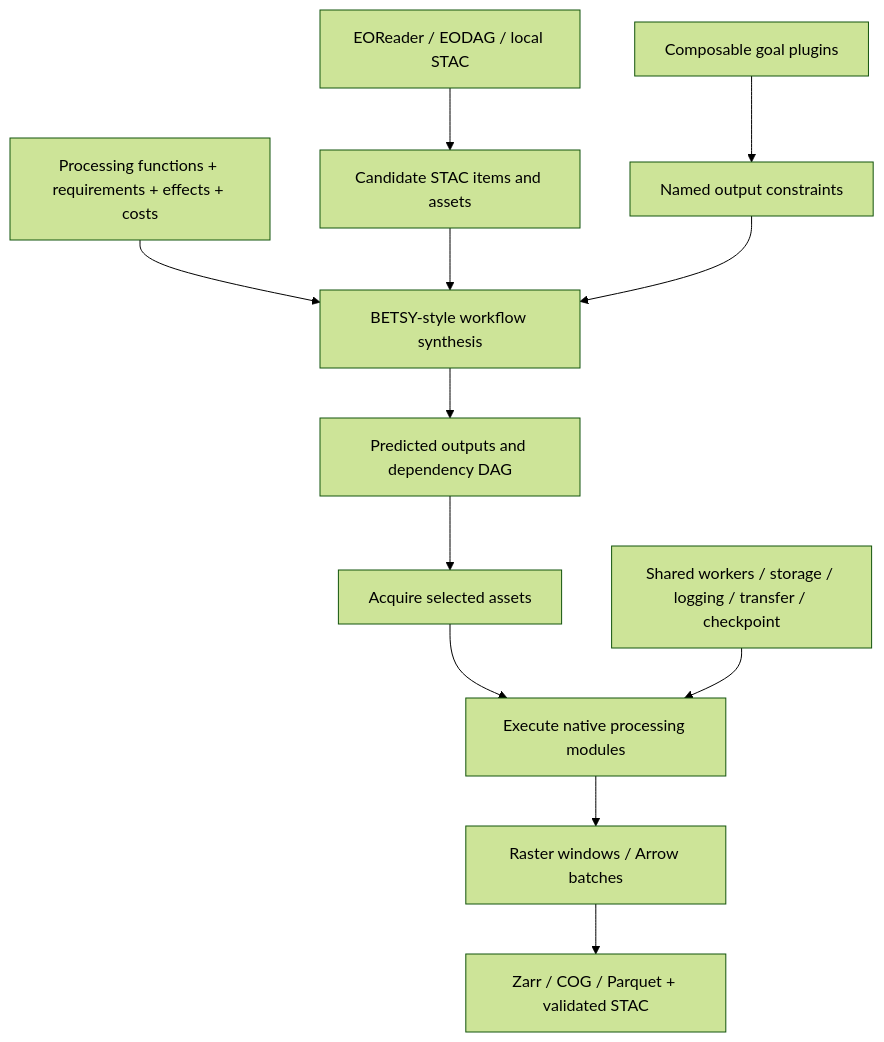
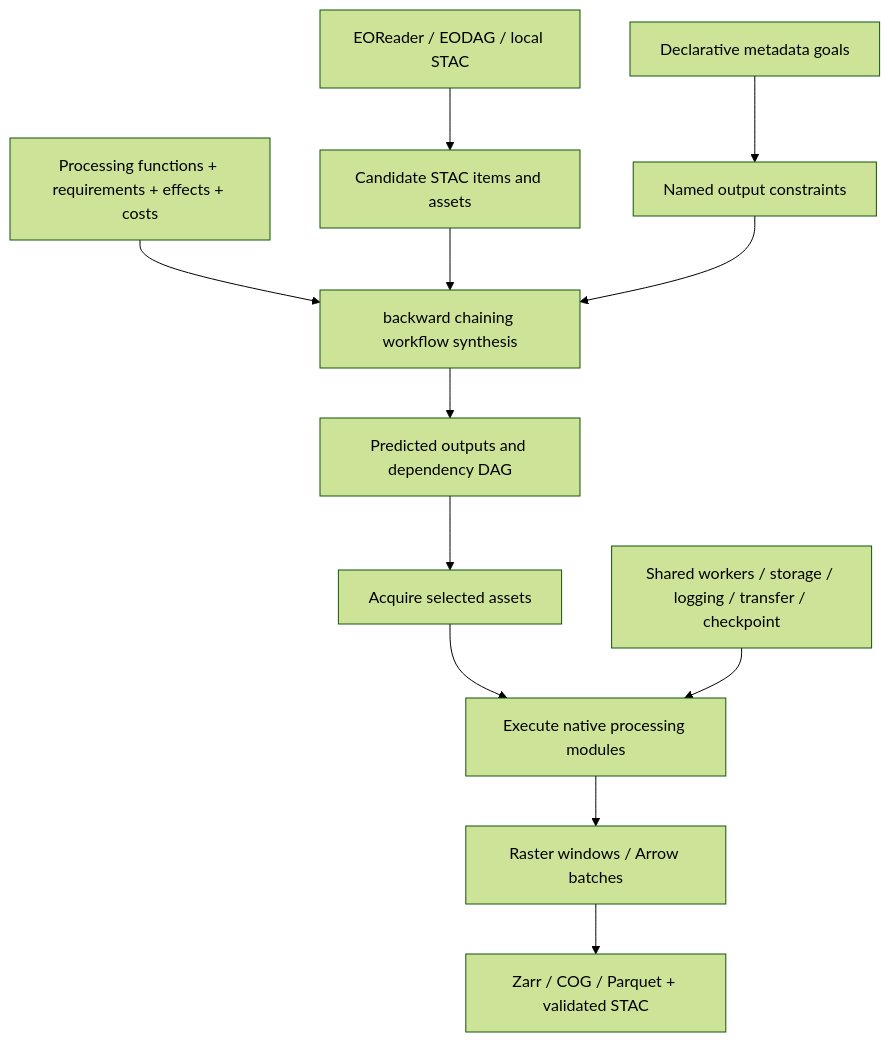
One commit to autostacgis/autostacgis changed the diagram in README.md. Above: the diagram before and after it, drawn with Mermaid (forest theme). The commit also changed other lines of this file and 8 other files, not shown here.

Commit message:
Define single-capability plugins and explicit solver contracts

````diff
--- a/README.md
+++ b/README.md
@@ -7,14 +7,14 @@
 ```mermaid
 flowchart TD
     Sources[EOReader / EODAG / local STAC] --> Inventory[Candidate STAC items and assets]
-    Goals[Composable goal plugins] --> Constraints[Named output constraints]
-    Modules[Processing functions + requirements + effects + costs] --> Solver[BETSY-style workflow synthesis]
+    Goals[Declarative metadata goals] --> Constraints[Named output constraints]
+    Modules[Processing functions + requirements + effects + costs] --> Solver[backward chaining workflow synthesis]
     Inventory --> Solver
     Constraints --> Solver
     Solver --> Preview[Predicted outputs and dependency DAG]
     Preview --> Acquire[Acquire selected assets]
     Acquire --> Execute[Execute native processing modules]
     Runtime[Shared workers / storage / logging / transfer / checkpoint] --> Execute
     Execute --> Streams[Raster windows / Arrow batches]
     Streams --> Output[Zarr / COG / Parquet + validated STAC]
 ```
````
